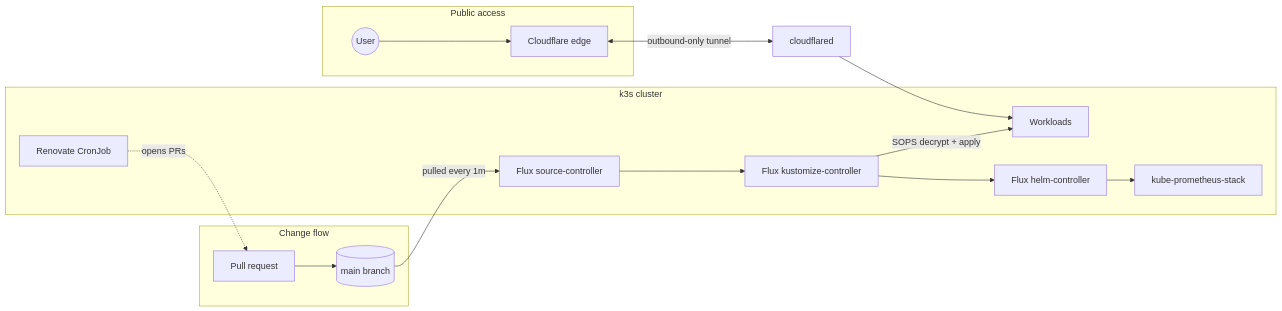
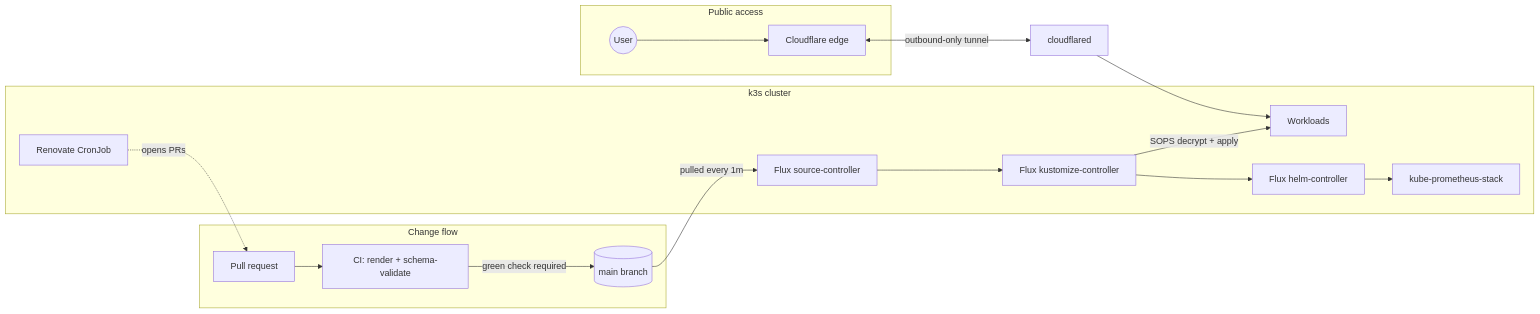
Before and after one commit to rodolfonuneslopes/homelab-k3s: the diagram in README.md, drawn with Mermaid. The commit also changed other lines of this file, not shown here.

````diff
--- a/README.md
+++ b/README.md
@@ -41,18 +50,19 @@
 ```mermaid
 flowchart LR
     subgraph dev [Change flow]
-        PR[Pull request] --> main[(main branch)]
+        PR[Pull request] --> CI[CI: render + schema-validate]
+        CI -- green check required --> main[(main branch)]
     end
     subgraph cluster [k3s cluster]
         SC[Flux source-controller] --> KC[Flux kustomize-controller]
         KC -- SOPS decrypt + apply --> W[Workloads]
         KC --> HC[Flux helm-controller]
         HC --> Mon[kube-prometheus-stack]
         R[Renovate CronJob] -. opens PRs .-> PR
     end
     main -- pulled every 1m --> SC
     subgraph edge [Public access]
         U((User)) --> CF[Cloudflare edge]
     end
     CF <-- outbound-only tunnel --> T[cloudflared] --> W
 ```
````
